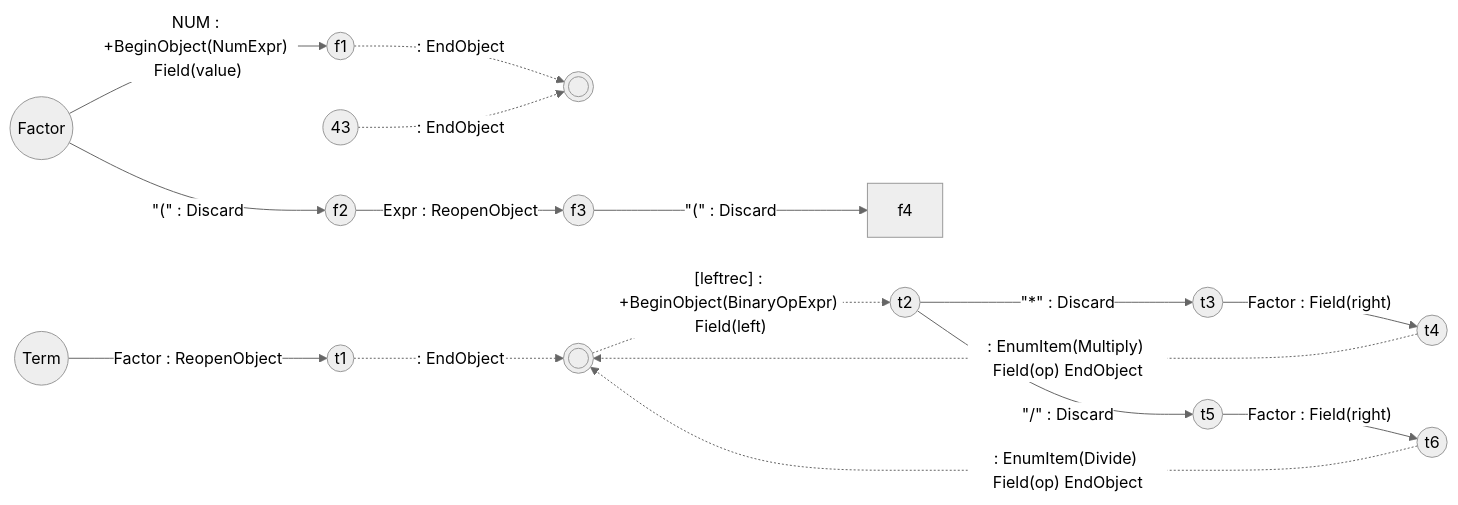
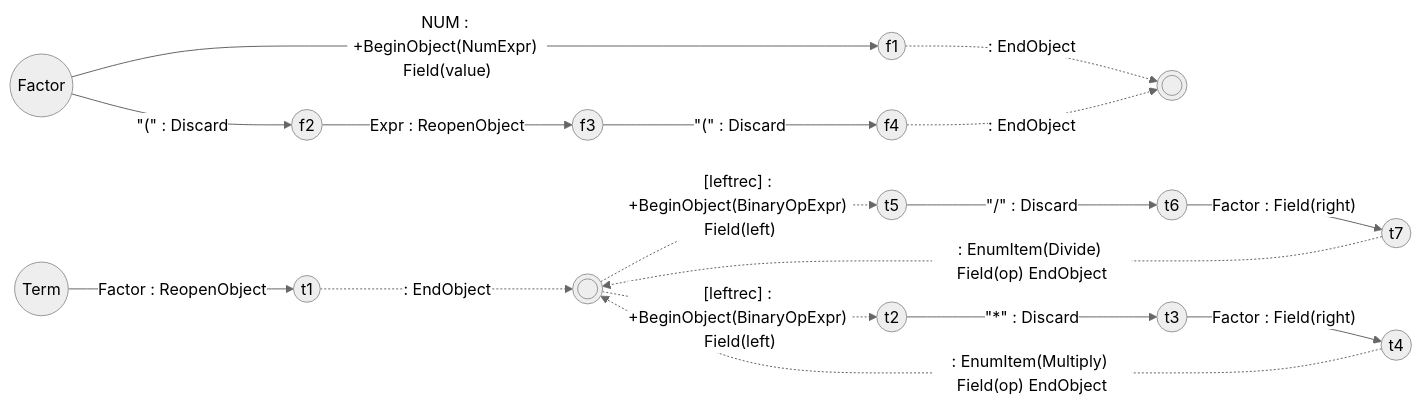
The ninth of 9 diagrams in Blog/GLR-Refactoring/Mermaid.md (vczh-websites/vczh), drawn with Mermaid (neutral theme) before and after one commit.

````diff
--- a/Blog/GLR-Refactoring/Mermaid.md
+++ b/Blog/GLR-Refactoring/Mermaid.md
@@ -107,19 +107,20 @@
 ```mermaid
 graph LR
   fS((Factor))-- NUM : +BeginObject(NumExpr) Field(value) --> f1
   f1((f1))-. : EndObject .->fE((( )))
   fS-- #quot;(#quot; : Discard --> f2
   f2((f2))-- Expr : ReopenObject --> f3
   f3((f3))-- #quot;(#quot; : Discard -->f4
-  43((43))-. : EndObject .->fE
+  f4((f4))-. : EndObject .->fE
 
   tS((Term))-- Factor : ReopenObject --> t1
   t1((t1))-. : EndObject .->tE((( )))
   t2((t2))-- #quot;*#quot; : Discard -->t3
   t3((t3))-- Factor : Field(right) --> t4
   t4((t4))-. : EnumItem(Multiply) Field(op) EndObject .->tE
-  t2((t2))-- #quot;/#quot; : Discard -->t5
-  t5((t5))-- Factor : Field(right) --> t6
-  t6((t6))-. : EnumItem(Divide) Field(op) EndObject .->tE
+  tE-. [leftrec] : +BeginObject(BinaryOpExpr) Field(left) .->t5
+  t5((t5))-- #quot;/#quot; : Discard -->t6
+  t6((t6))-- Factor : Field(right) --> t7
+  t7((t7))-. : EnumItem(Divide) Field(op) EndObject .->tE
   tE-. [leftrec] : +BeginObject(BinaryOpExpr) Field(left) .->t2
 ```
````
